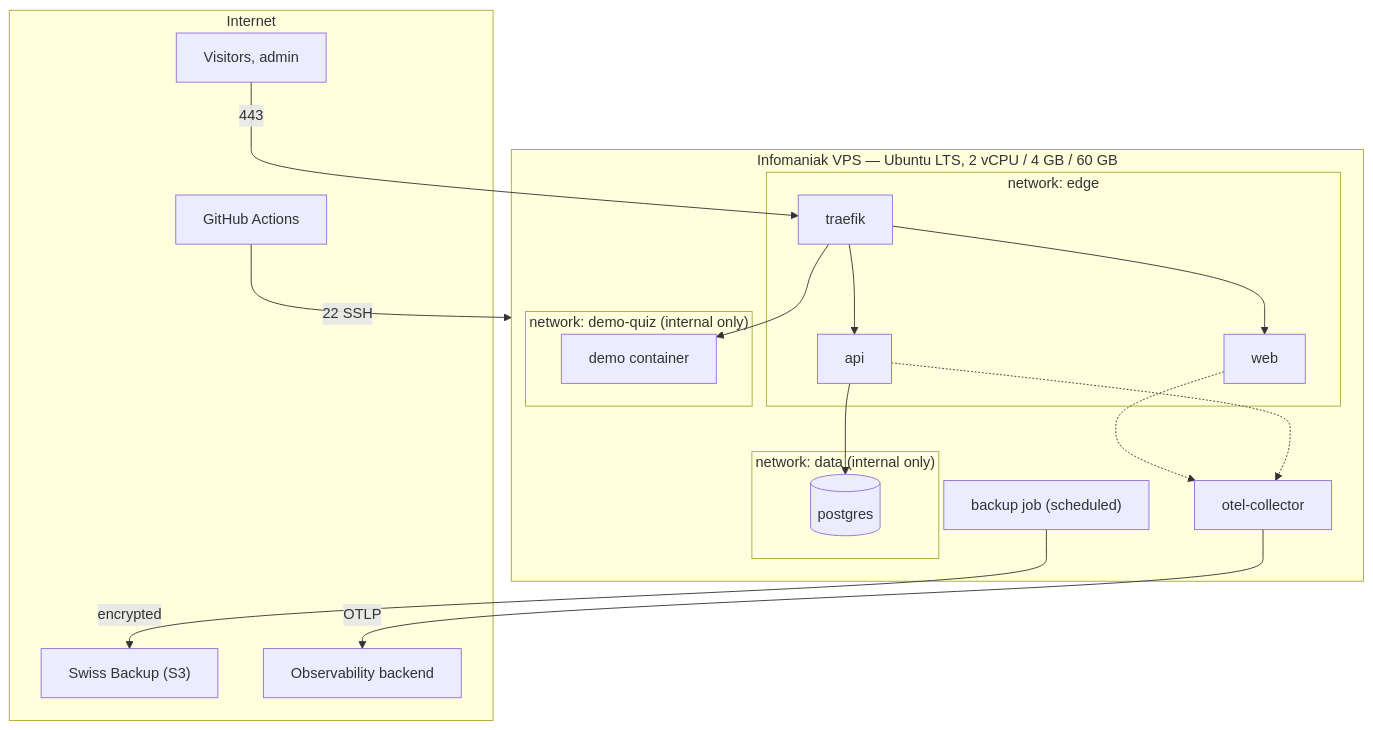
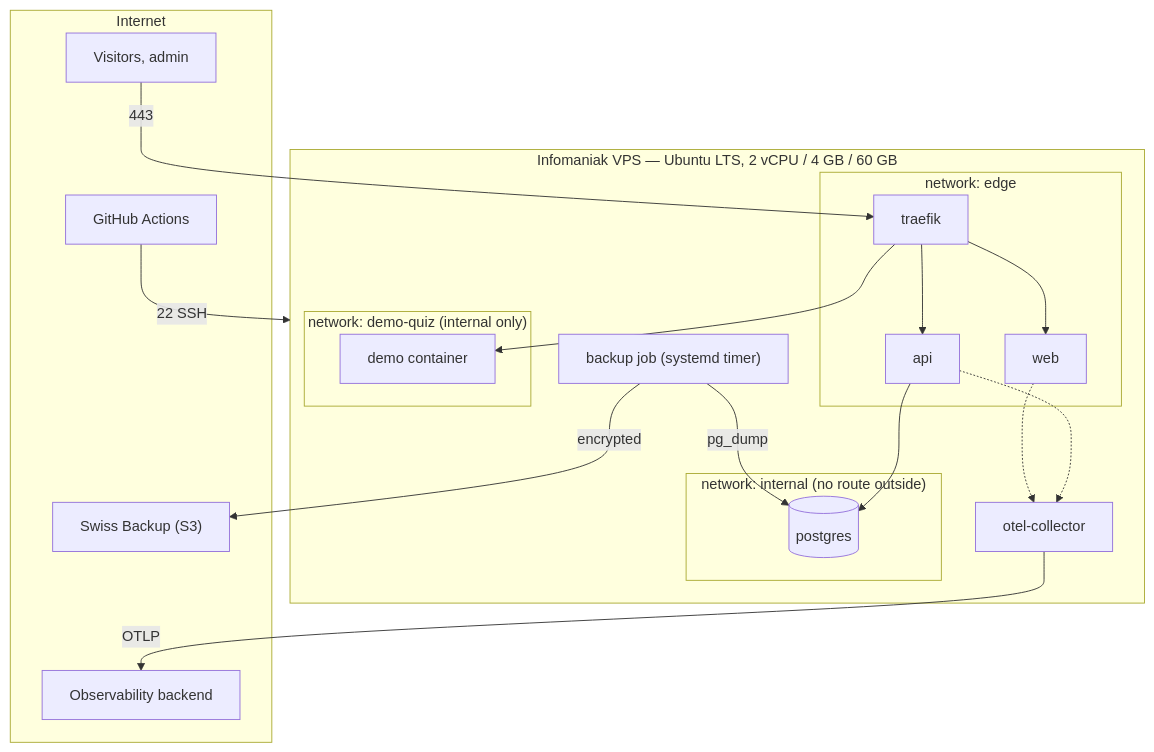
The first of 2 diagrams in docs/architecture/07-deployment-view.md (Trafunky/tragni), drawn with Mermaid before and after one commit. The commit also changed other lines of this file and 5 other files, not shown here.

First line of the commit message:
docs(backup): document the database dump and the October incident (#50)

````diff
--- a/docs/architecture/07-deployment-view.md
+++ b/docs/architecture/07-deployment-view.md
@@ -9,36 +10,37 @@
 ```mermaid
 graph TB
     subgraph internet["Internet"]
         users["Visitors, admin"]
         gh["GitHub Actions"]
         s3["Swiss Backup (S3)"]
         obs["Observability backend"]
     end
 
     subgraph vps["Infomaniak VPS — Ubuntu LTS, 2 vCPU / 4 GB / 60 GB"]
         subgraph edge["network: edge"]
             traefik["traefik"]
             web["web"]
             api["api"]
         end
-        subgraph data["network: data (internal only)"]
+        subgraph internalnet["network: internal (no route outside)"]
             db[("postgres")]
         end
         subgraph demonet["network: demo-quiz (internal only)"]
             demo["demo container"]
         end
         collector["otel-collector"]
-        backupjob["backup job (scheduled)"]
+        backupjob["backup job (systemd timer)"]
     end
 
     users -->|"443"| traefik
     gh -->|"22 SSH"| vps
     traefik --> web
     traefik --> api
     traefik --> demo
     api --> db
     api -.-> collector
     web -.-> collector
     collector -->|OTLP| obs
+    backupjob -->|"pg_dump"| db
     backupjob -->|"encrypted"| s3
 ```
````
